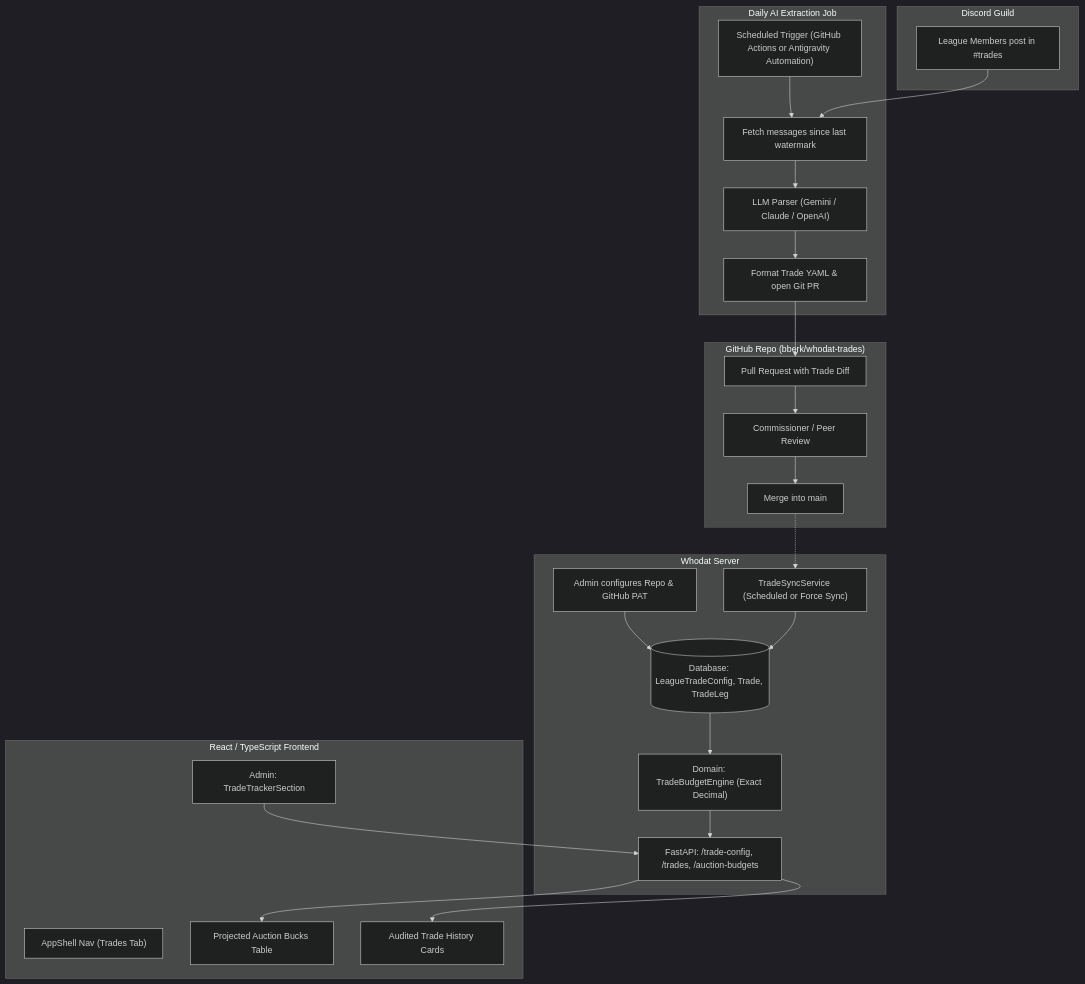
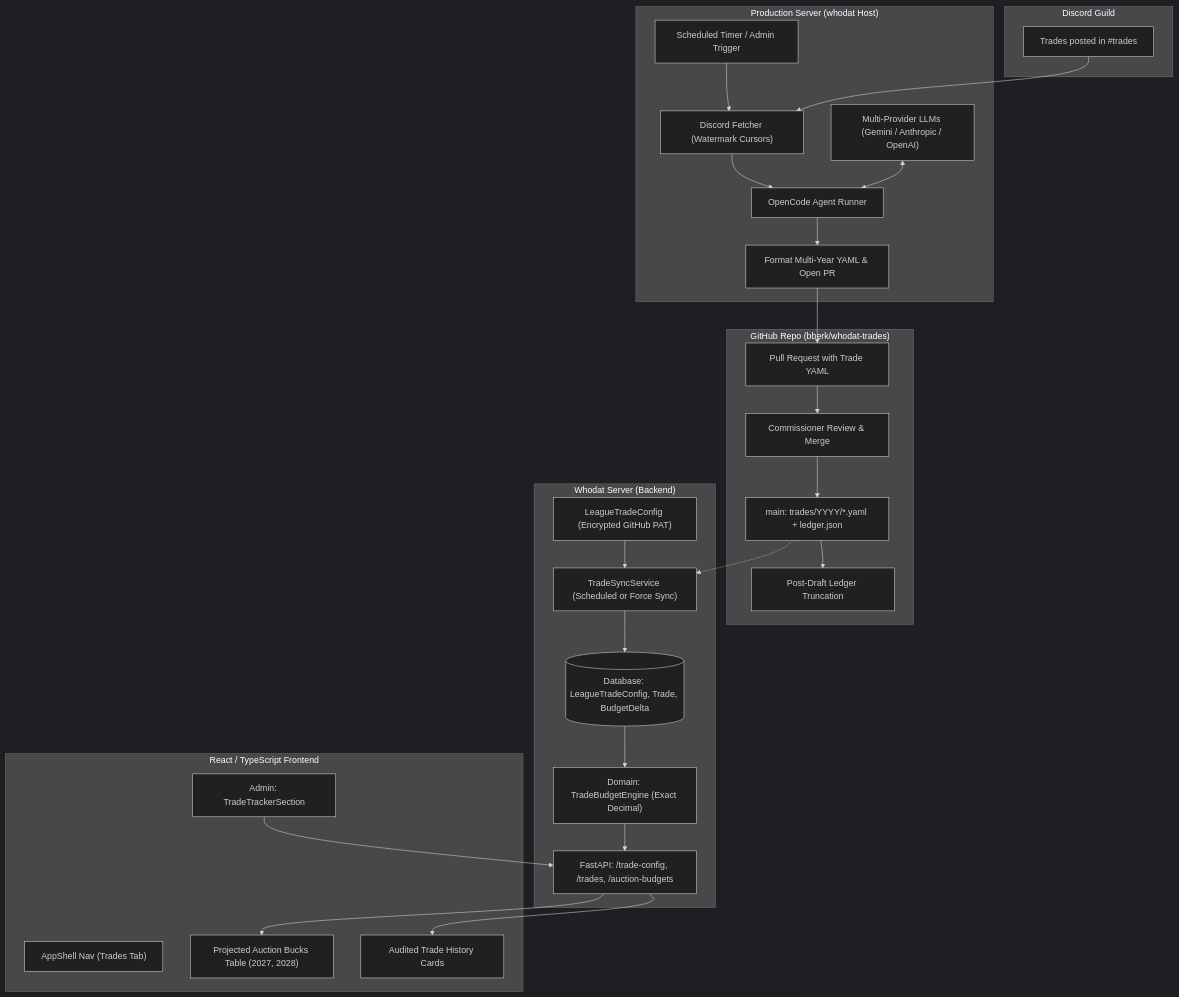
One commit to bberk/whodat-server changed the first of 2 diagrams in docs/TRADE_TRACKER_PLAN.md. Above: the diagram before and after it, drawn with Mermaid (dark theme). The commit also changed other lines of this file, not shown here.

First line of the commit message:
Support multi-draft trades, ledger pruning, and server OpenCode

````diff
--- a/docs/TRADE_TRACKER_PLAN.md
+++ b/docs/TRADE_TRACKER_PLAN.md
@@ -21,48 +22,55 @@
 ```mermaid
 flowchart TD
     subgraph Discord["Discord Guild"]
-        MSG["League Members post in #trades"]
+        MSG["Trades posted in #trades"]
     end
 
-    subgraph AI_Job["Daily AI Extraction Job"]
-        CRON["Scheduled Trigger (GitHub Actions or Antigravity Automation)"]
-        FETCH["Fetch messages since last watermark"]
-        LLM["LLM Parser (Gemini / Claude / OpenAI)"]
-        PR_BUILD["Format Trade YAML & open Git PR"]
-        CRON --> FETCH --> LLM --> PR_BUILD
+    subgraph Prod_Server["Production Server (whodat Host)"]
+        CRON["Scheduled Timer / Admin Trigger"]
+        FETCH["Discord Fetcher (Watermark Cursors)"]
+        OPENCODE["OpenCode Agent Runner"]
+        PROVIDERS["Multi-Provider LLMs (Gemini / Anthropic / OpenAI)"]
+        PR_BUILD["Format Multi-Year YAML & Open PR"]
+
+        CRON --> FETCH --> OPENCODE
+        PROVIDERS <--> OPENCODE
+        OPENCODE --> PR_BUILD
     end
 
     subgraph Trade_Repo["GitHub Repo (bberk/whodat-trades)"]
-        PR["Pull Request with Trade Diff"]
-        REVIEW["Commissioner / Peer Review"]
-        MERGE["Merge into main"]
-        PR --> REVIEW --> MERGE
+        PR["Pull Request with Trade YAML"]
+        REVIEW["Commissioner Review & Merge"]
+        MAIN["main: trades/YYYY/*.yaml + ledger.json"]
+        ARCHIVE["Post-Draft Ledger Truncation"]
+
+        PR --> REVIEW --> MAIN
+        MAIN --> ARCHIVE
     end
 
-    subgraph Whodat_Server["Whodat Server"]
-        ADMIN["Admin configures Repo & GitHub PAT"]
+    subgraph Whodat_Server["Whodat Server (Backend)"]
+        CONFIG["LeagueTradeConfig (Encrypted GitHub PAT)"]
         SYNC["TradeSyncService (Scheduled or Force Sync)"]
-        DB[("Database: LeagueTradeConfig, Trade, TradeLeg")]
+        DB[("Database: LeagueTradeConfig, Trade, BudgetDelta")]
         ENGINE["Domain: TradeBudgetEngine (Exact Decimal)"]
         API["FastAPI: /trade-config, /trades, /auction-budgets"]
 
-        ADMIN --> DB
+        CONFIG --> SYNC
         SYNC --> DB
         DB --> ENGINE --> API
     end
 
     subgraph Frontend["React / TypeScript Frontend"]
         NAV["AppShell Nav (Trades Tab)"]
         ADMIN_UI["Admin: TradeTrackerSection"]
-        AUCTION_TABLE["Projected Auction Bucks Table"]
+        AUCTION_TABLE["Projected Auction Bucks Table (2027, 2028)"]
         TRADE_FEED["Audited Trade History Cards"]
 
         API --> AUCTION_TABLE
         API --> TRADE_FEED
         ADMIN_UI --> API
     end
 
     MSG --> FETCH
     PR_BUILD --> PR
-    MERGE -.-> SYNC
+    MAIN -.-> SYNC
 ```
````
